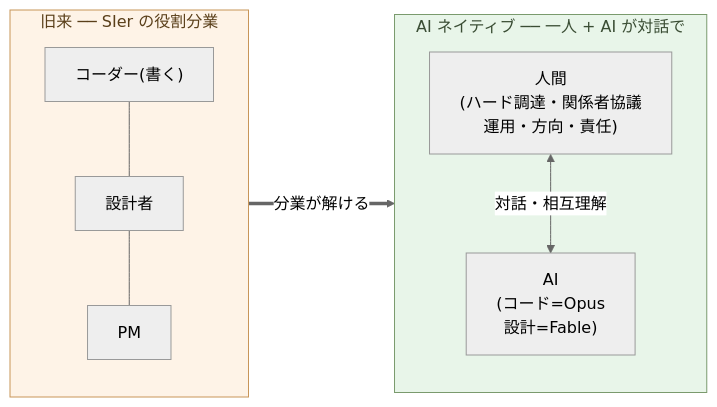
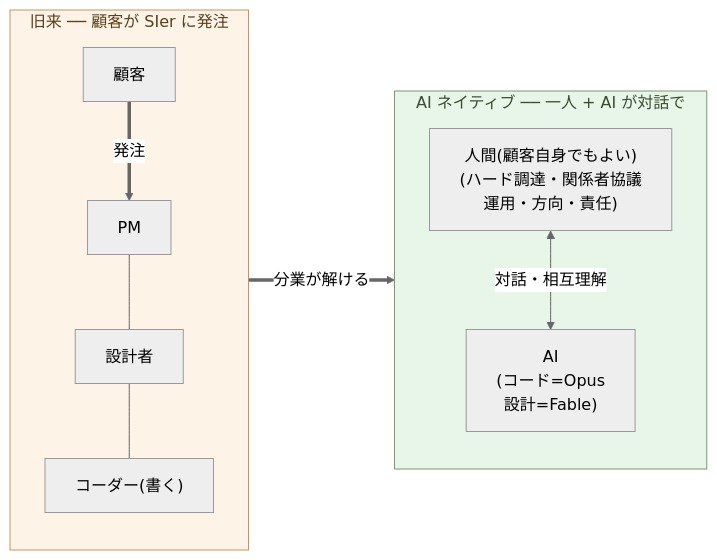
One commit to aiseed-dev/website changed the diagram in articles/ai-native-ways/software/03-coder-end/ja.md. Above: the diagram before and after it, drawn with Mermaid (neutral theme). The commit also changed 1 other file, not shown here.

Commit message:
第3章: 旧来図に発注元の顧客を追加
「旧来 ── SIer の役割分業」の図に発注元の顧客が無かった。顧客が SIer
(PM→設計者→コーダー)に発注する関係を加え、新側にも「人間(顧客自身でも
よい)」を補って対比を閉じた。ja/en とも。

Claude-Session: https://claude.ai/code/session_01JWSjUtp9JogXnFvcXErbX3

````diff
--- a/articles/ai-native-ways/software/03-coder-end/ja.md
+++ b/articles/ai-native-ways/software/03-coder-end/ja.md
@@ -125,24 +125,26 @@
 ```mermaid
 flowchart LR
-  subgraph Old["旧来 ── SIer の役割分業"]
+  subgraph Old["旧来 ── 顧客が SIer に発注"]
     direction TB
+    OClient["顧客"]
+    OP["PM"]
+    OD["設計者"]
     OC["コーダー(書く)"]
-    OD["設計者"]
-    OP["PM"]
-    OC --- OD --- OP
+    OClient ==>|発注| OP
+    OP --- OD --- OC
   end
 
   subgraph New["AI ネイティブ ── 一人 + AI が対話で"]
     direction TB
-    H["人間<br/>(ハード調達・関係者協議<br/>運用・方向・責任)"]
+    H["人間(顧客自身でもよい)<br/>(ハード調達・関係者協議<br/>運用・方向・責任)"]
     A["AI<br/>(コード=Opus<br/>設計=Fable)"]
     H <-->|対話・相互理解| A
   end
 
   Old ==>|分業が解ける| New
 
   classDef good fill:#e8f5e9,stroke:#7a9a6d,color:#3a4d34
   classDef bad fill:#fef3e7,stroke:#c89559,color:#5a3f1a
   class New good
   class Old bad
 ```
````
